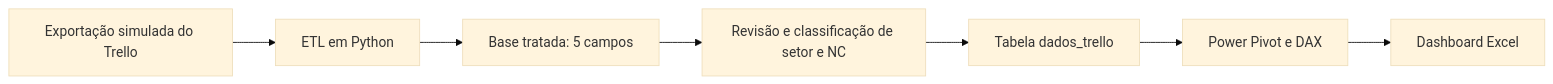
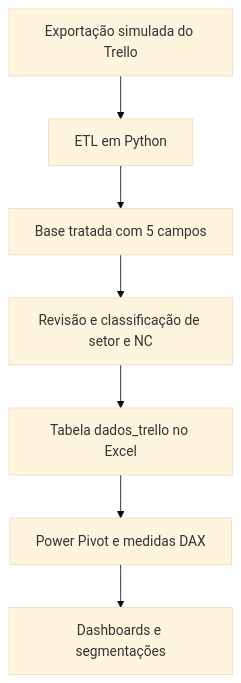
The diagram in README.md (devGaygher/quality-analytics-dashboard), drawn with Mermaid (base theme) before and after one commit. The commit also changed other lines of this file and 4 other files, not shown here.

````diff
--- a/README.md
+++ b/README.md
@@ -15,9 +46,9 @@
 ```mermaid
-flowchart LR
- A[Exportação simulada do Trello] --> B[ETL em Python]
- B --> C[Base tratada: 5 campos]
- C --> D[Revisão e classificação de setor e NC]
- D --> E[Tabela dados_trello]
- E --> F[Power Pivot e DAX]
- F --> G[Dashboard Excel]
+flowchart TD
+    A[Exportação simulada do Trello] --> B[ETL em Python]
+    B --> C[Base tratada com 5 campos]
+    C --> D[Revisão e classificação de setor e NC]
+    D --> E[Tabela dados_trello no Excel]
+    E --> F[Power Pivot e medidas DAX]
+    F --> G[Dashboards e segmentações]
 ```
````
